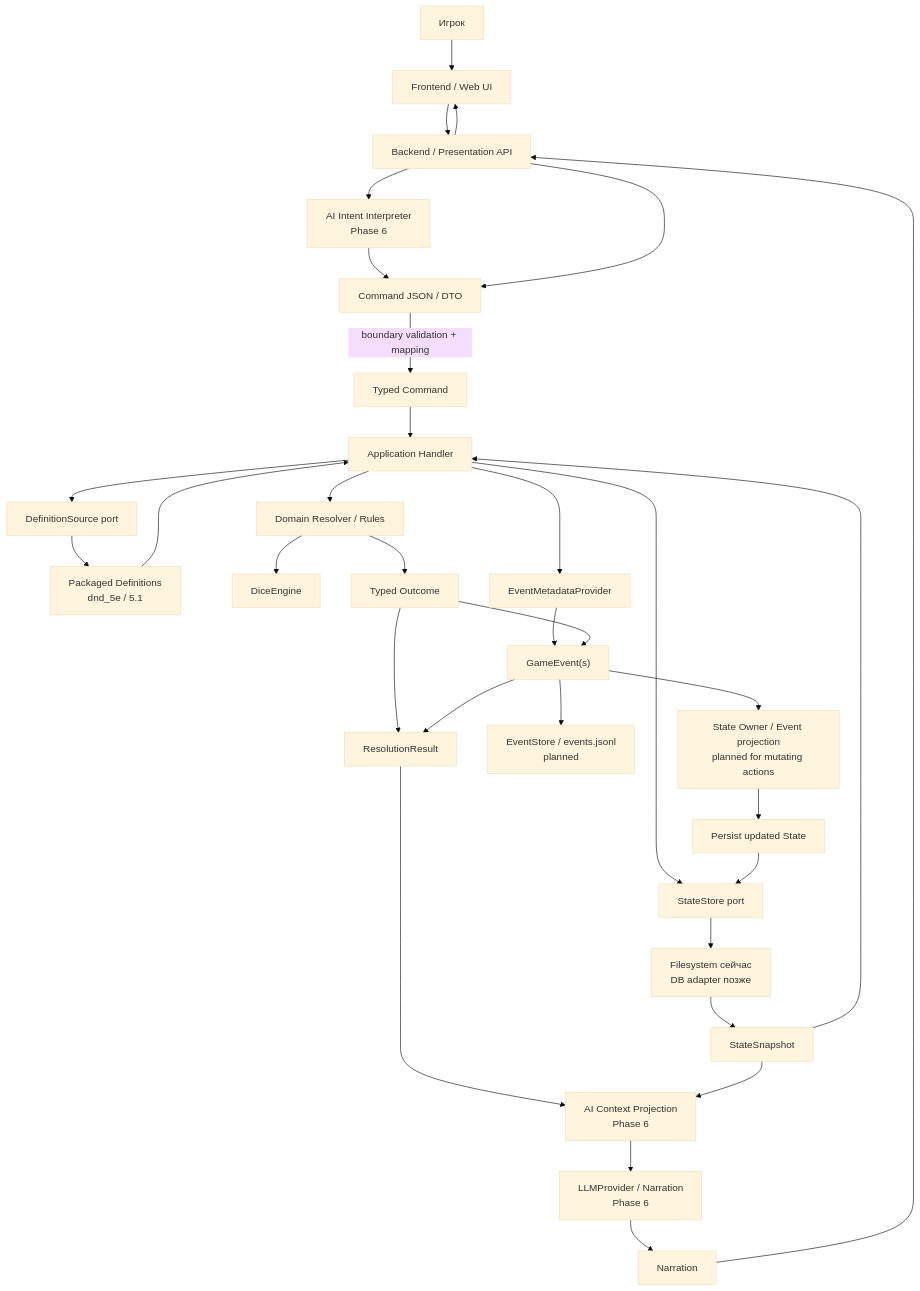
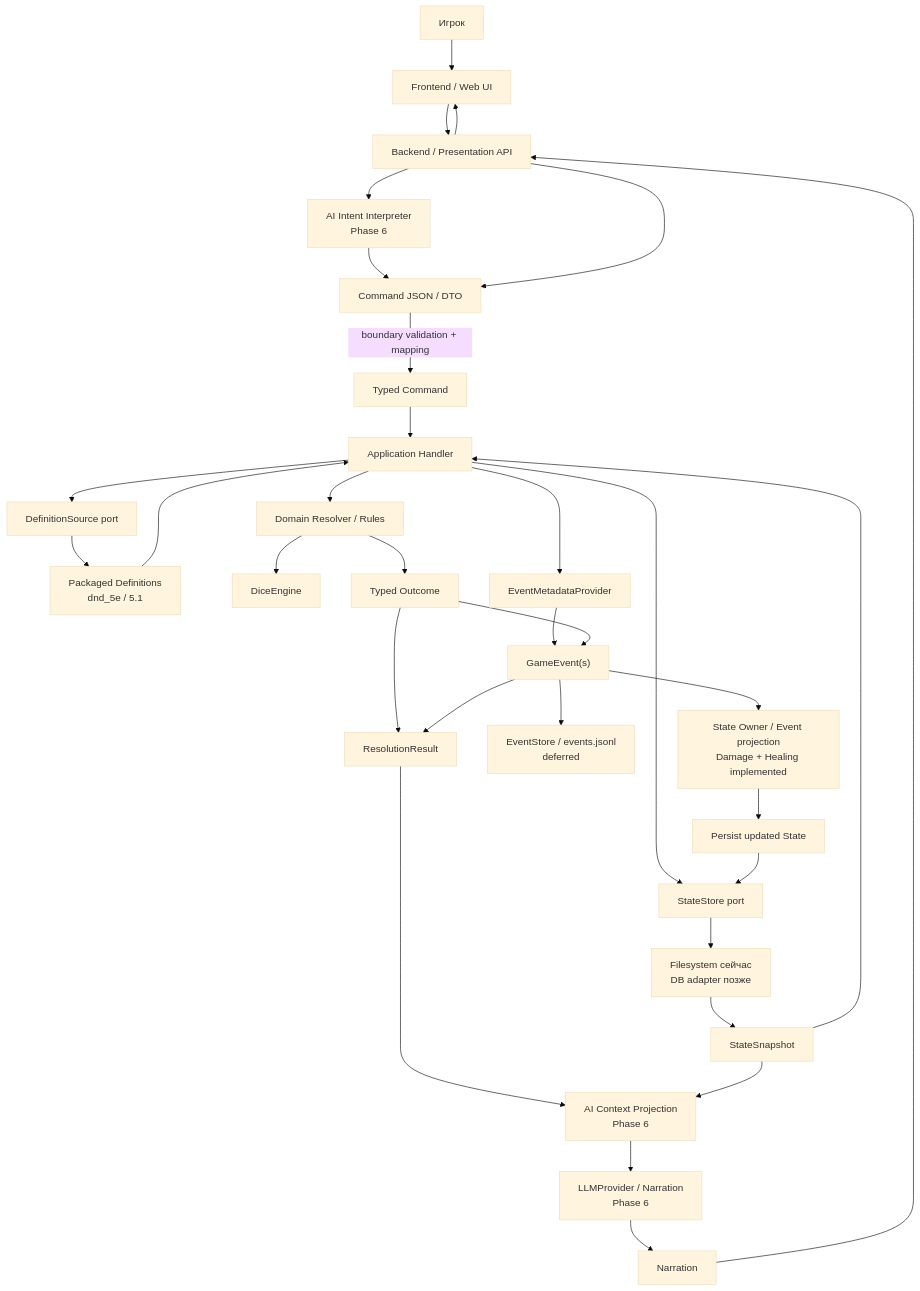
Before and after one commit to redbull101020/ai-dnd-master: the first of 4 diagrams in AI_DND_DATA_FLOW_CURRENT.md, drawn with Mermaid (base theme). The commit also changed other lines of this file and 3 other files, not shown here.

````diff
--- a/AI_DND_DATA_FLOW_CURRENT.md
+++ b/AI_DND_DATA_FLOW_CURRENT.md
@@ -72,74 +72,74 @@
 ```mermaid
 flowchart TD
     P["Игрок"]
     UI["Frontend / Web UI"]
     API["Backend / Presentation API"]
     AI1["AI Intent Interpreter<br/>Phase 6"]
     CMDJSON["Command JSON / DTO"]
     CMD["Typed Command"]
     H["Application Handler"]
 
     SS["StateStore port"]
     DB["Filesystem сейчас<br/>DB adapter позже"]
     SNAP["StateSnapshot"]
 
     DS["DefinitionSource port"]
     DEF["Packaged Definitions<br/>dnd_5e / 5.1"]
 
     RES["Domain Resolver / Rules"]
     DICE["DiceEngine"]
     OUT["Typed Outcome"]
     EVT["GameEvent(s)"]
     META["EventMetadataProvider"]
 
-    APPLY["State Owner / Event projection<br/>planned for mutating actions"]
-    ELOG["EventStore / events.jsonl<br/>planned"]
+    APPLY["State Owner / Event projection<br/>Damage + Healing implemented"]
+    ELOG["EventStore / events.jsonl<br/>deferred"]
     SAVE["Persist updated State"]
 
     RR["ResolutionResult"]
     CTX["AI Context Projection<br/>Phase 6"]
     AI2["LLMProvider / Narration<br/>Phase 6"]
     NARR["Narration"]
 
     P --> UI
     UI --> API
 
     API --> AI1
     AI1 --> CMDJSON
     API --> CMDJSON
 
     CMDJSON -->|boundary validation + mapping| CMD
     CMD --> H
 
     H --> SS
     SS --> DB
     DB --> SNAP
     SNAP --> H
 
     H --> DS
     DS --> DEF
     DEF --> H
 
     H --> RES
     RES --> DICE
     RES --> OUT
 
     H --> META
     META --> EVT
     OUT --> EVT
 
     EVT --> APPLY
     EVT --> ELOG
     APPLY --> SAVE
     SAVE --> SS
 
     OUT --> RR
     EVT --> RR
 
     RR --> CTX
     SNAP --> CTX
     CTX --> AI2
     AI2 --> NARR
     NARR --> API
     API --> UI
 ```
````
